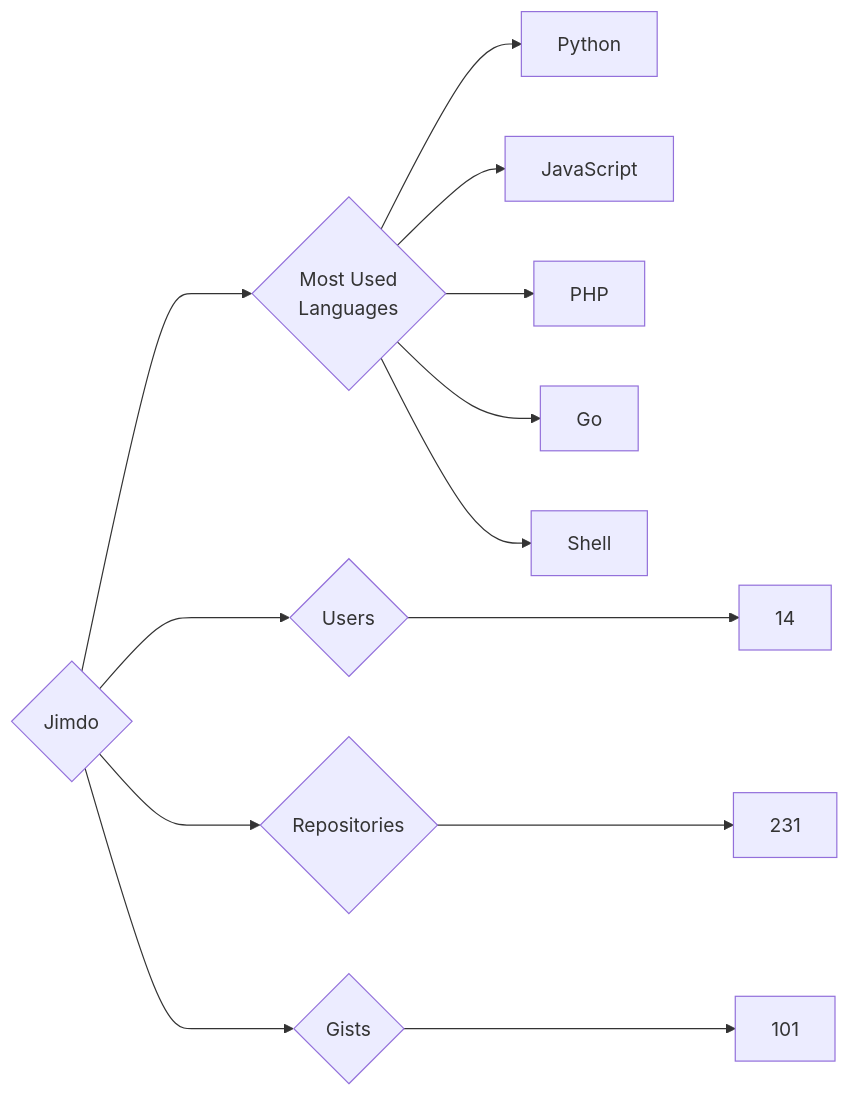
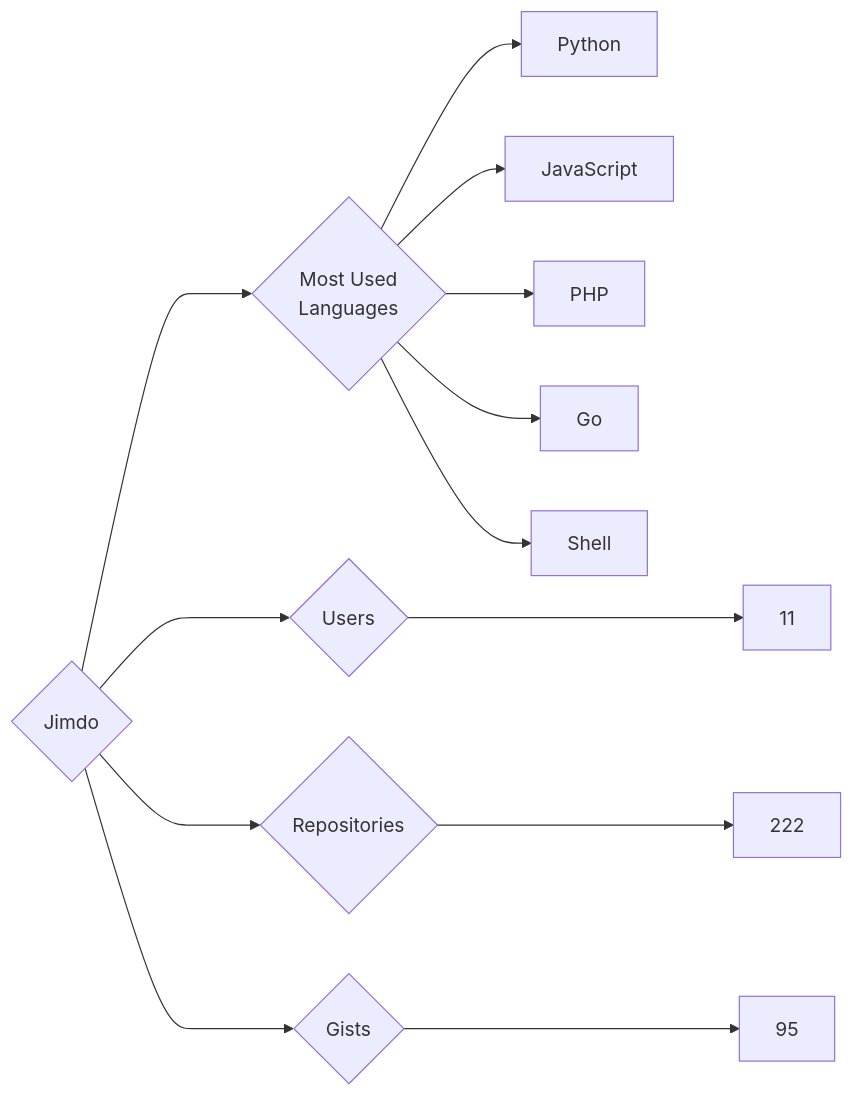
The diagram in targets/Jimdo/README.md (trickest/insiders), drawn with Mermaid before and after one commit. The commit also changed 837 other files, not shown here.

````diff
--- a/targets/Jimdo/README.md
+++ b/targets/Jimdo/README.md
@@ -3,13 +3,13 @@
 ```mermaid
 graph LR
 COMPANY_NAME{Jimdo}
-COMPANY_NAME ---> U{Users} ---> UN[14]
-COMPANY_NAME ---> R{Repositories} ---> RN[231]
-COMPANY_NAME ---> G{Gists} ---> GN[101]
+COMPANY_NAME ---> U{Users} ---> UN[11]
+COMPANY_NAME ---> R{Repositories} ---> RN[222]
+COMPANY_NAME ---> G{Gists} ---> GN[95]
 COMPANY_NAME ---> ML{Most Used<br>Languages}
 ML --> Python[Python]
 ML --> JavaScript[JavaScript]
 ML --> PHP[PHP]
 ML --> Go[Go]
 ML --> Shell[Shell]
 ```
````
